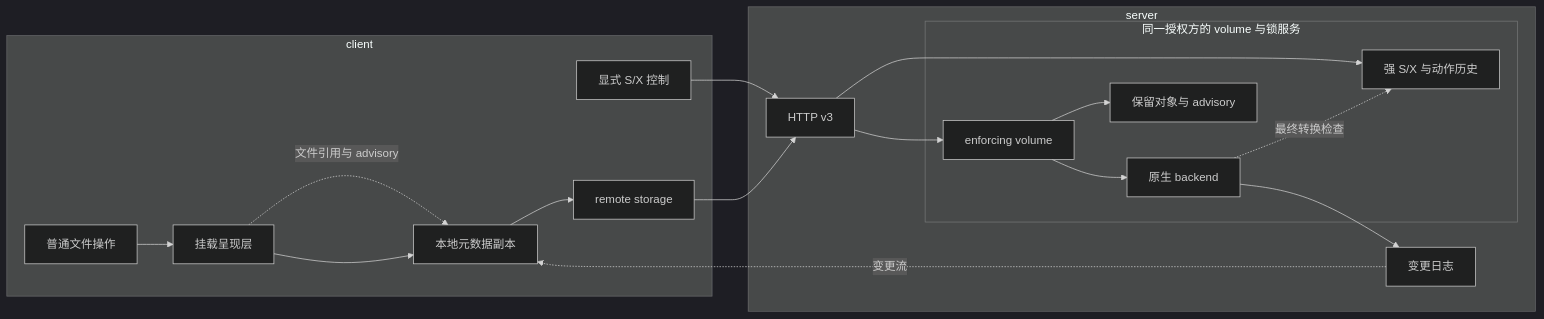
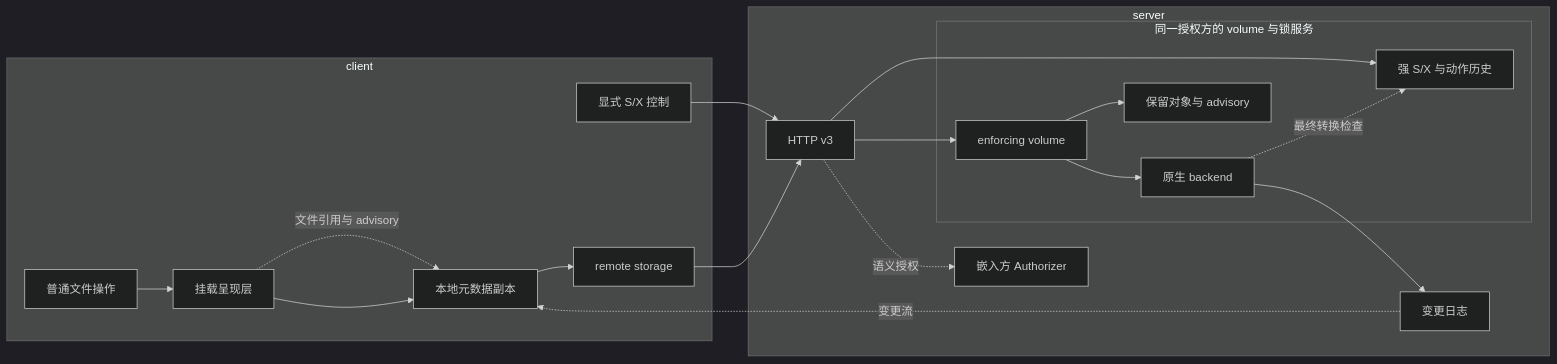
Before and after one commit to codetreker/remote-fs: the diagram in docs/design/architecture.md, drawn with Mermaid (dark theme). The commit also changed other lines of this file and 65 other files, not shown here.

````diff
--- a/docs/design/architecture.md
+++ b/docs/design/architecture.md
@@ -17,26 +17,27 @@
 ```mermaid
 flowchart LR
     subgraph client[client]
         App[普通文件操作] --> Fuse[挂载呈现层]
         Fuse --> Replica[本地元数据副本]
         Replica --> Remote[remote storage]
         SDK[显式 S/X 控制]
         Fuse -. 文件引用与 advisory .-> Replica
     end
     subgraph server[server]
         HTTP[HTTP v3]
         subgraph Pair[同一授权方的 volume 与锁服务]
             volume[enforcing volume] --> Backend[原生 backend]
             Authority[强 S/X 与动作历史]
             Files[保留对象与 advisory]
             volume --> Files
             Backend -. 最终转换检查 .-> Authority
         end
+        HTTP -. 语义授权 .-> Policy[嵌入方 Authorizer]
         HTTP --> volume
         HTTP --> Authority
         Backend --> Log[变更日志]
     end
     Remote --> HTTP
     SDK --> HTTP
     Log -. 变更流 .-> Replica
 ```
````
